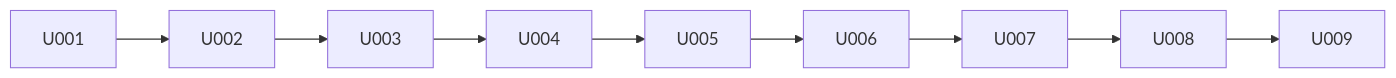
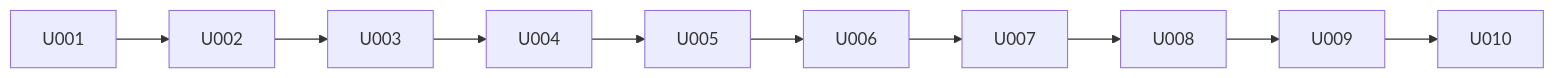
Before and after one commit to kagyuu/DbFAQ: the diagram in docs/P005-impl-plan.md, drawn with Mermaid. The commit also changed other lines of this file and 88 other files, not shown here.

````diff
--- a/docs/P005-impl-plan.md
+++ b/docs/P005-impl-plan.md
@@ -139,4 +152,4 @@
 ```mermaid
 flowchart LR
-  U001 --> U002 --> U003 --> U004 --> U005 --> U006 --> U007 --> U008 --> U009
+  U001 --> U002 --> U003 --> U004 --> U005 --> U006 --> U007 --> U008 --> U009 --> U010
 ```
````
